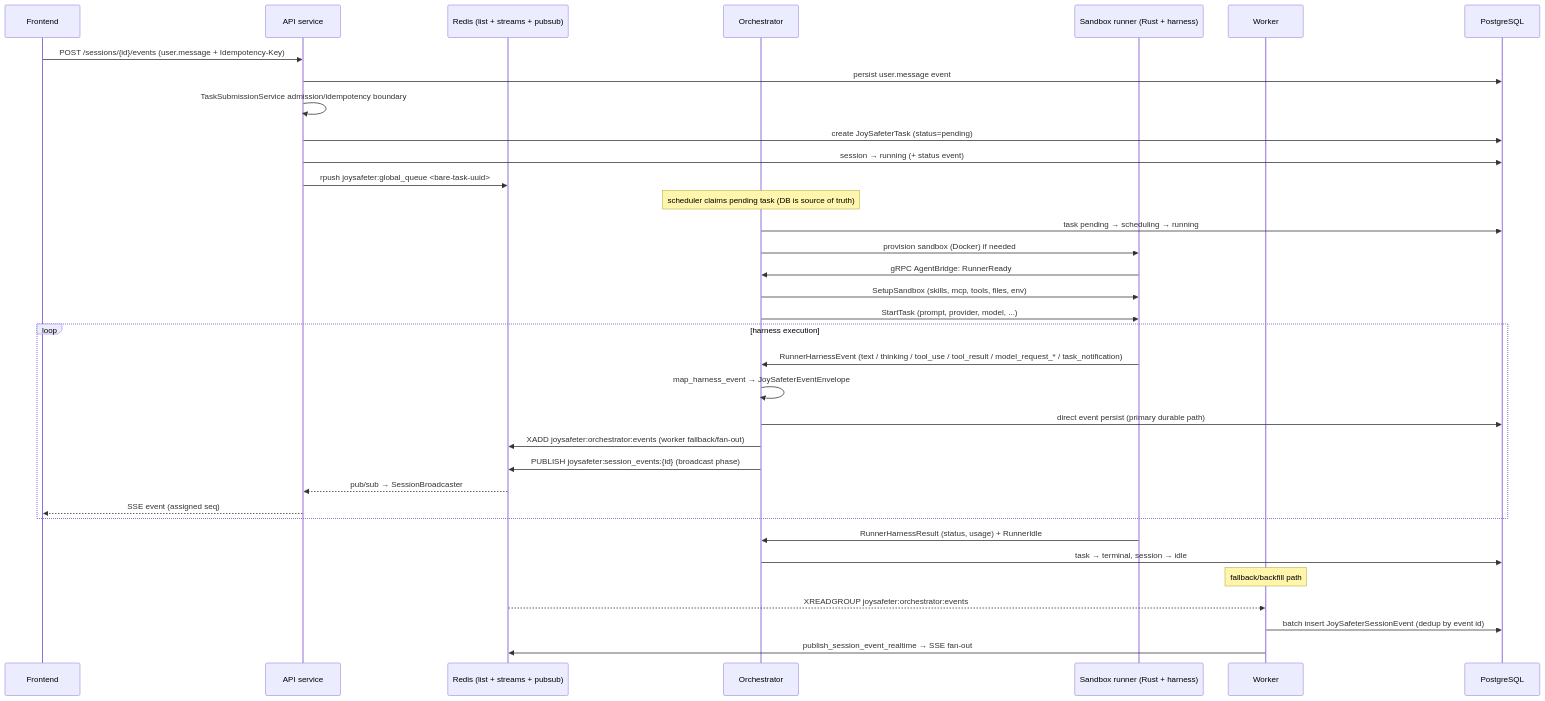
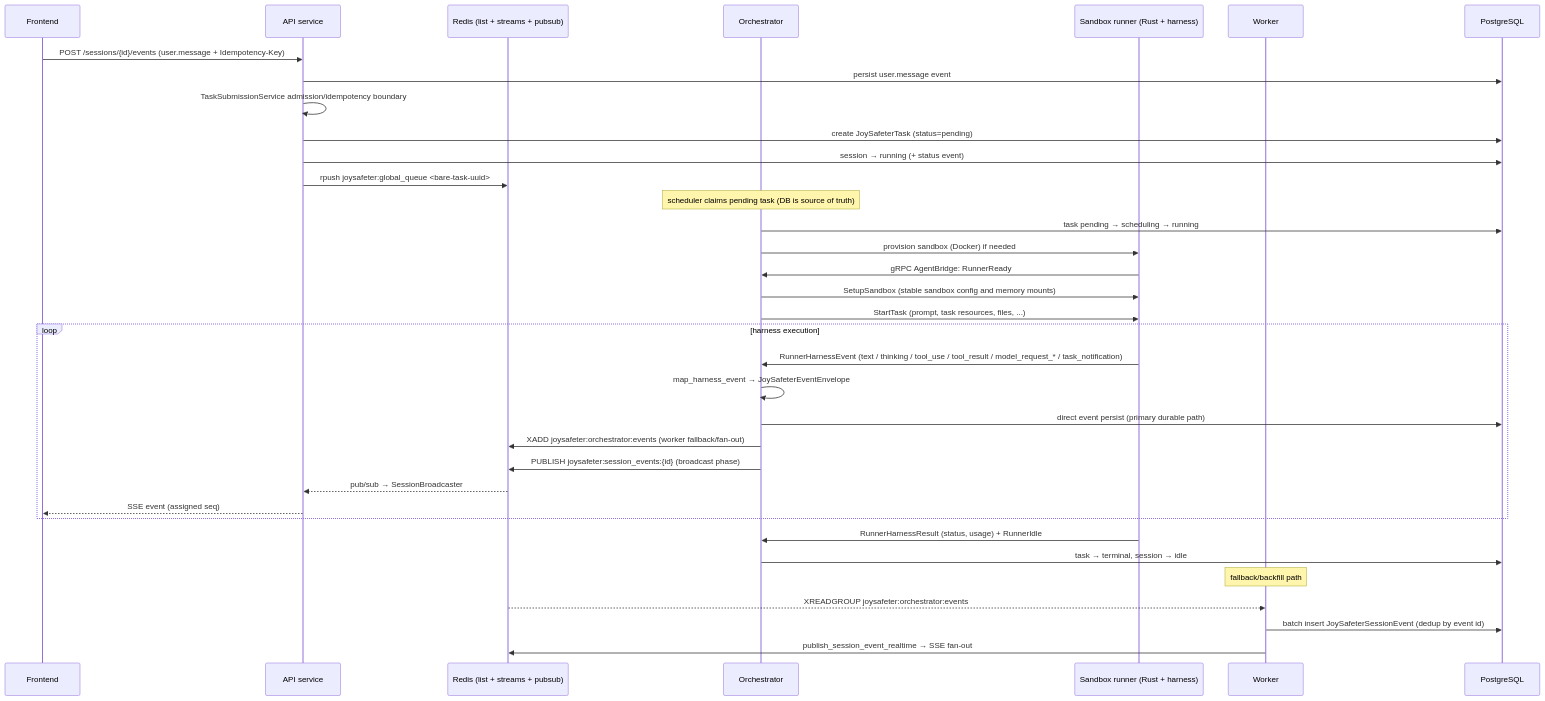
Before and after one commit to jd-opensource/JoySafeter: the second of 2 diagrams in docs/ARCHITECTURE.md, drawn with Mermaid. The commit also changed other lines of this file and 24 other files, not shown here.

````diff
--- a/docs/ARCHITECTURE.md
+++ b/docs/ARCHITECTURE.md
@@ -146,42 +146,42 @@
 ```mermaid
 sequenceDiagram
     participant FE as Frontend
     participant API as API service
     participant Q as Redis (list + streams + pubsub)
     participant ORCH as Orchestrator
     participant RUN as Sandbox runner (Rust + harness)
     participant WK as Worker
     participant PG as PostgreSQL
 
     FE->>API: POST /sessions/{id}/events (user.message + Idempotency-Key)
     API->>PG: persist user.message event
     API->>API: TaskSubmissionService admission/idempotency boundary
     API->>PG: create JoySafeterTask (status=pending)
     API->>PG: session → running (+ status event)
     API->>Q: rpush joysafeter:global_queue <bare-task-uuid>
 
     Note over ORCH: scheduler claims pending task (DB is source of truth)
     ORCH->>PG: task pending → scheduling → running
     ORCH->>RUN: provision sandbox (Docker) if needed
     RUN->>ORCH: gRPC AgentBridge: RunnerReady
-    ORCH->>RUN: SetupSandbox (skills, mcp, tools, files, env)
-    ORCH->>RUN: StartTask (prompt, provider, model, ...)
+    ORCH->>RUN: SetupSandbox (stable sandbox config and memory mounts)
+    ORCH->>RUN: StartTask (prompt, task resources, files, ...)
 
     loop harness execution
         RUN->>ORCH: RunnerHarnessEvent (text / thinking / tool_use / tool_result / model_request_* / task_notification)
         ORCH->>ORCH: map_harness_event → JoySafeterEventEnvelope
         ORCH->>PG: direct event persist (primary durable path)
         ORCH->>Q: XADD joysafeter:orchestrator:events (worker fallback/fan-out)
         ORCH->>Q: PUBLISH joysafeter:session_events:{id} (broadcast phase)
         Q-->>API: pub/sub → SessionBroadcaster
         API-->>FE: SSE event (assigned seq)
     end
 
     RUN->>ORCH: RunnerHarnessResult (status, usage) + RunnerIdle
     ORCH->>PG: task → terminal, session → idle
 
     Note over WK: fallback/backfill path
     Q-->>WK: XREADGROUP joysafeter:orchestrator:events
     WK->>PG: batch insert JoySafeterSessionEvent (dedup by event id)
     WK->>Q: publish_session_event_realtime → SSE fan-out
 ```
````
